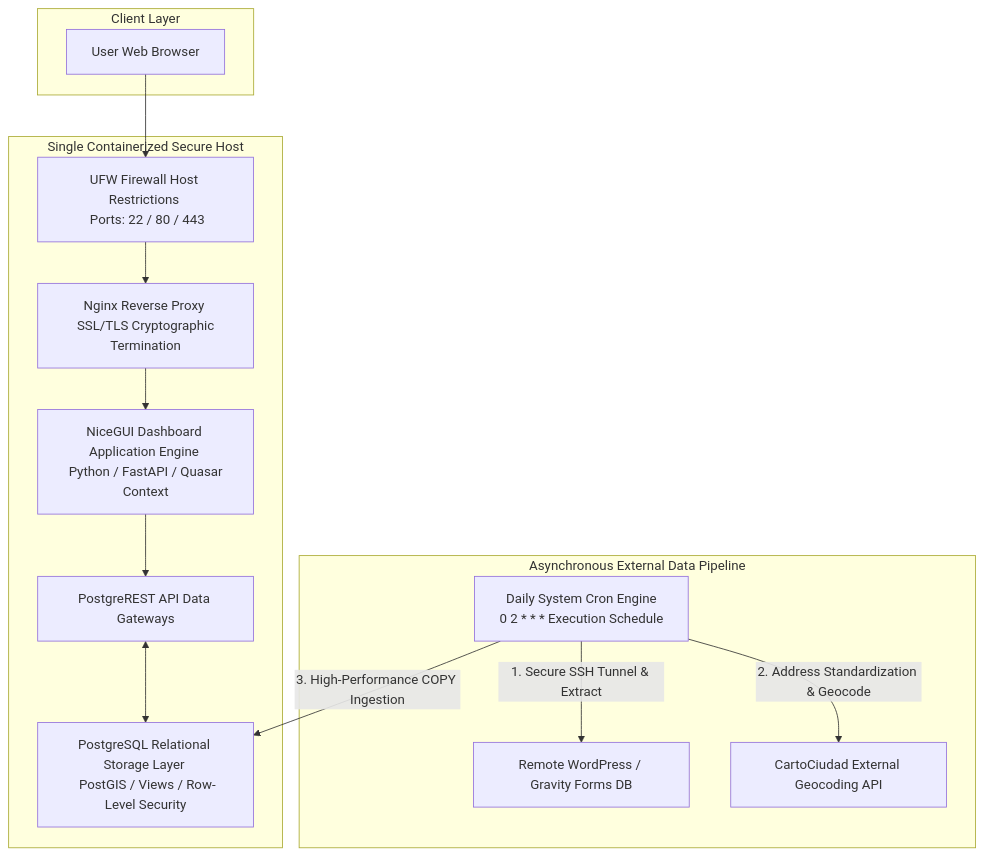
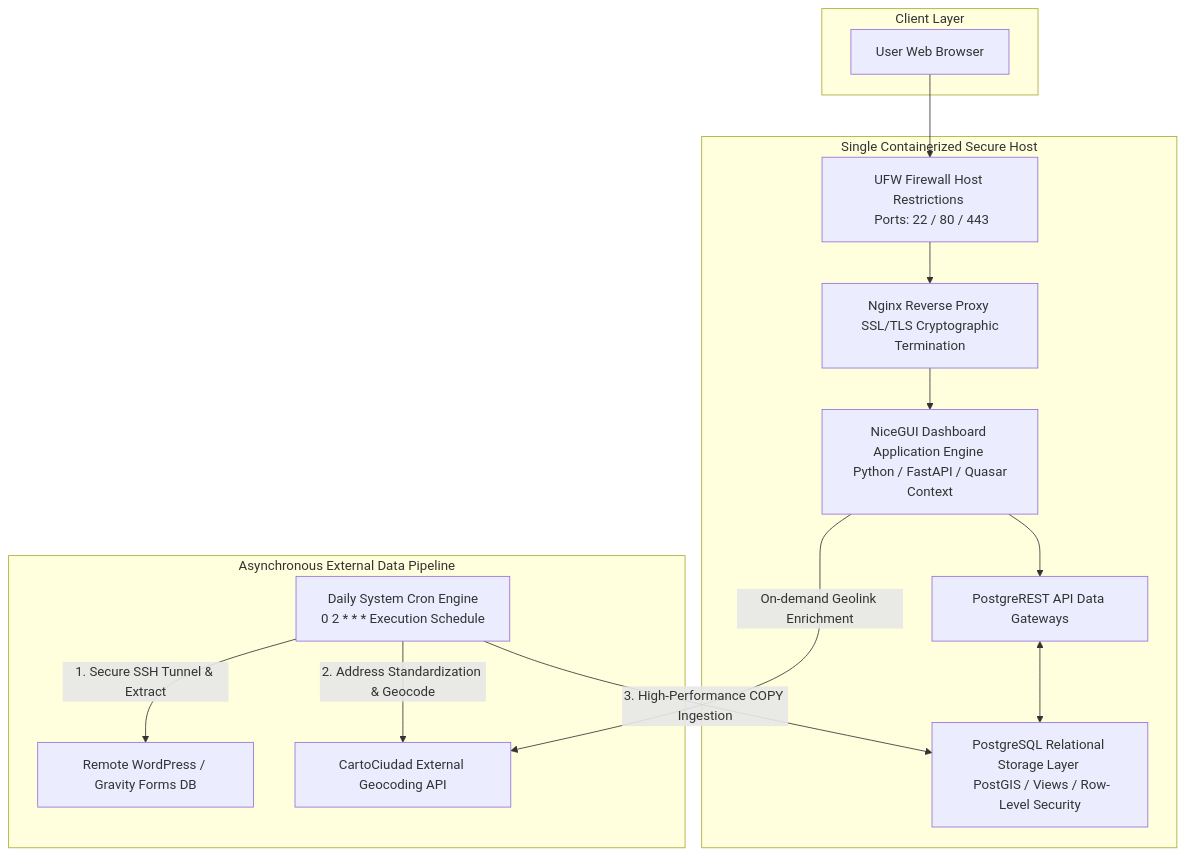
Before and after one commit to maiktreya/tenantsUnion: the diagram in readme.en.md, drawn with Mermaid. The commit also changed other lines of this file and 1 other file, not shown here.

````diff
--- a/readme.en.md
+++ b/readme.en.md
@@ -13,30 +13,31 @@
 ```mermaid
 graph TD
     subgraph "Client Layer"
         A[User Web Browser]
     end
 
     subgraph "Single Containerized Secure Host"
         B[UFW Firewall Host Restrictions <br> Ports: 22 / 80 / 443]
         C[Nginx Reverse Proxy <br> SSL/TLS Cryptographic Termination]
         D[NiceGUI Dashboard Application Engine <br> Python / FastAPI / Quasar Context]
         E[PostgreREST API Data Gateways]
         F[PostgreSQL Relational Storage Layer <br> PostGIS / Views / Row-Level Security]
     end
 
     subgraph "Asynchronous External Data Pipeline"
         G[Daily System Cron Engine <br> 0 2 * * * Execution Schedule]
         H[Remote WordPress / Gravity Forms DB]
         I[CartoCiudad External Geocoding API]
     end
 
     A --> B
     B --> C
     C --> D
     D --> E
     E <--> F
+    D -->|On-demand Geolink Enrichment| I
     G -->|1. Secure SSH Tunnel & Extract| H
     G -->|2. Address Standardization & Geocode| I
     G -->|3. High-Performance COPY Ingestion| F
 
 ```
````
